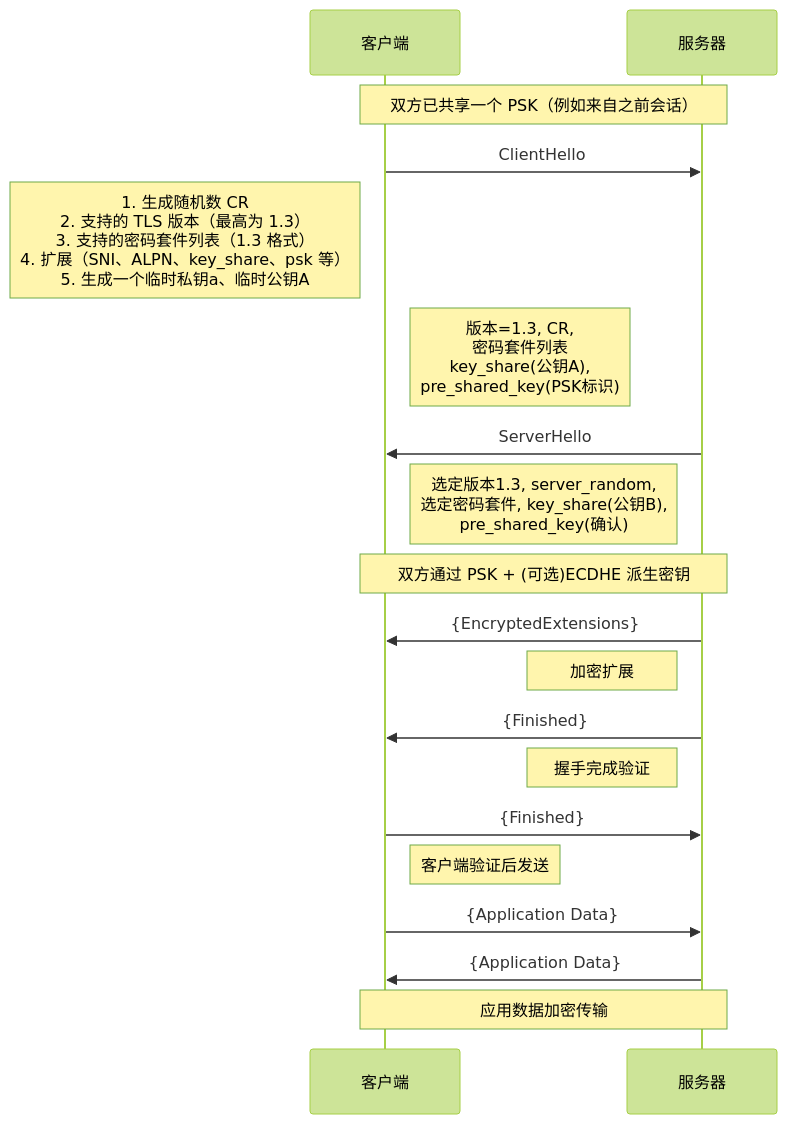
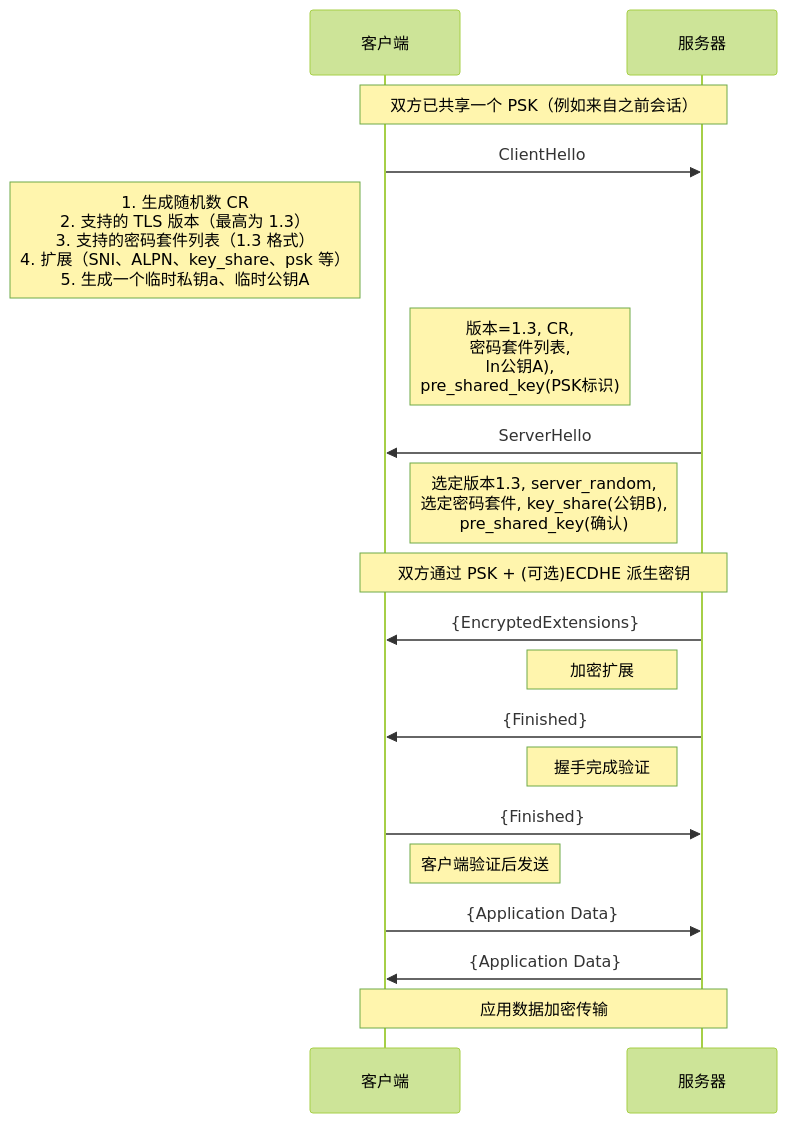
One commit to HY-10-8/iodraw-files changed the diagram in all/TLS-1.3-通用.md. Above: the diagram before and after it, drawn with Mermaid (forest theme).

Commit message:
2026-03-30 17:56:03 update

````diff
--- a/all/TLS-1.3-通用.md
+++ b/all/TLS-1.3-通用.md
@@ -1,29 +1,29 @@
 ```mermaid
 sequenceDiagram
     participant C as 客户端
     participant S as 服务器
 
     Note over C,S: 双方已共享一个 PSK（例如来自之前会话）
 
     C->>S: ClientHello
     Note left of C: 1. 生成随机数 CR<br/> 2. 支持的 TLS 版本（最高为 1.3）<br/> 3. 支持的密码套件列表（1.3 格式）<br/> 4. 扩展（SNI、ALPN、key_share、psk 等）<br/> 5. 生成一个临时私钥a、临时公钥A
-    Note right of C: 版本=1.3, CR,<br/> 密码套件列表<br/> key_share(公钥A),<br/> pre_shared_key(PSK标识)
+    Note right of C: 版本=1.3, CR,<br/> 密码套件列表,<br/> ln公钥A),<br/> pre_shared_key(PSK标识)
 
     S->>C: ServerHello
     Note left of S: 选定版本1.3, server_random,<br/> 选定密码套件, key_share(公钥B),<br/> pre_shared_key(确认)
 
     Note over C,S: 双方通过 PSK + (可选)ECDHE 派生密钥
 
     S->>C: {EncryptedExtensions}
     Note left of S: 加密扩展
 
     S->>C: {Finished}
     Note left of S: 握手完成验证
 
     C->>S: {Finished}
     Note right of C: 客户端验证后发送
 
     C->>S: {Application Data}
     S->>C: {Application Data}
     Note over C,S: 应用数据加密传输
 ```
````
